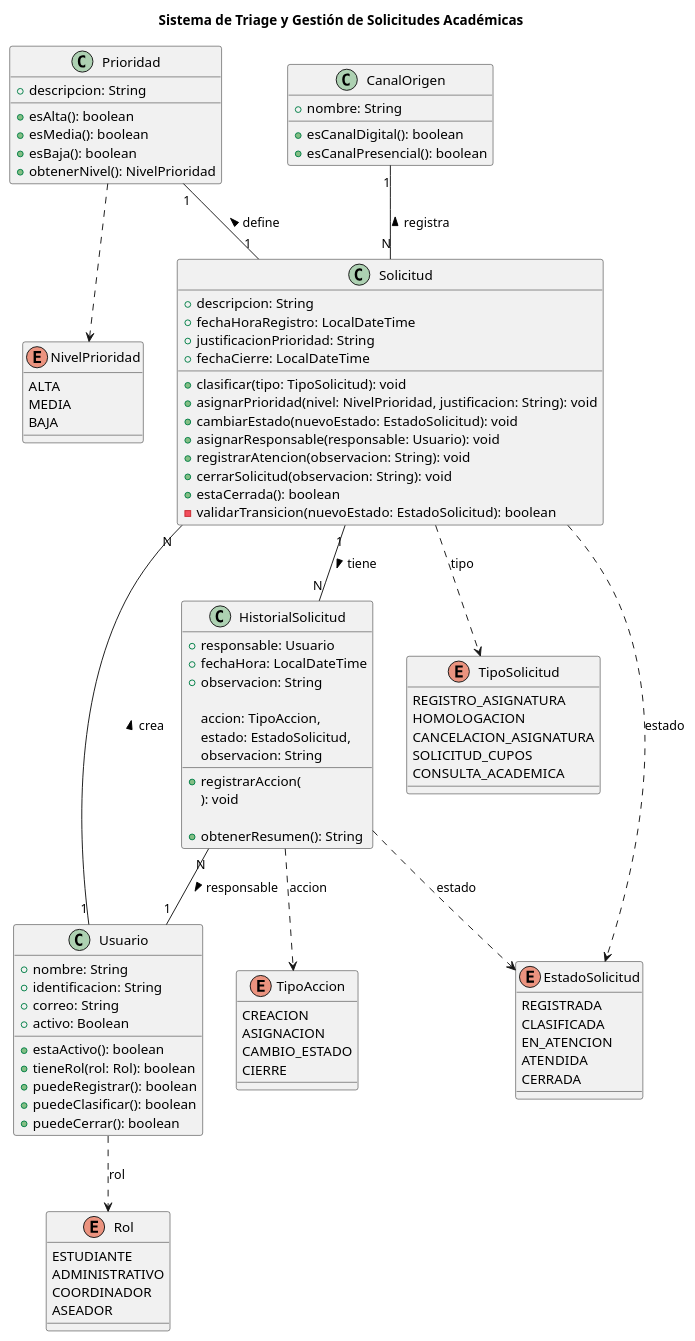
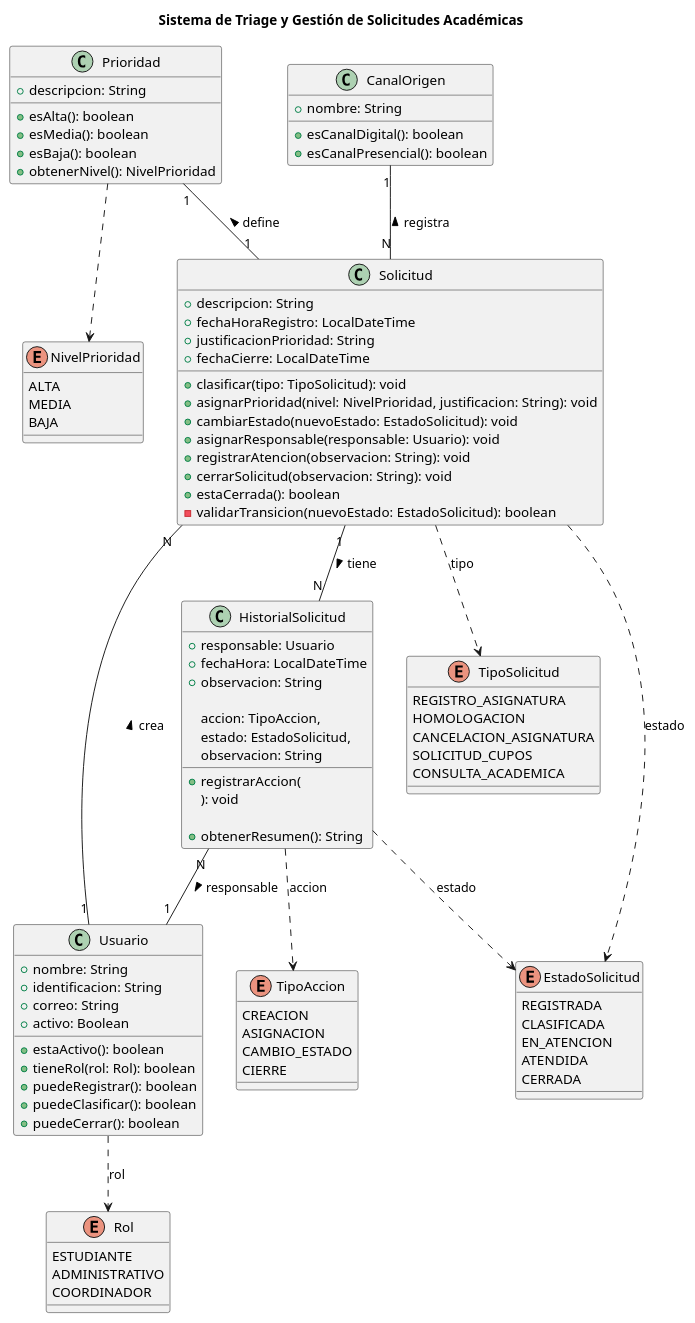
The diagram in DiagramaUML.wsd (ING69COOLER/Proyecto_Avanzada), drawn with PlantUML before and after one commit.

Commit message:
feat: remove 'ASEADOR' role from Rol enum in UML diagram

```diff
--- a/DiagramaUML.wsd
+++ b/DiagramaUML.wsd
@@ -1,132 +1,131 @@
 @startuml
 title Sistema de Triage y Gestión de Solicitudes Académicas
 
 ' =========================
 ' ENUMS (Value Objects)
 ' =========================
 
 enum EstadoSolicitud {
   REGISTRADA
   CLASIFICADA
   EN_ATENCION
   ATENDIDA
   CERRADA
 }
 
 enum TipoAccion {
     CREACION
     ASIGNACION
     CAMBIO_ESTADO
     CIERRE
 }
 
 enum NivelPrioridad {
   ALTA
   MEDIA
   BAJA
 }
 
 enum Rol {
   ESTUDIANTE
   ADMINISTRATIVO
   COORDINADOR
-  ASEADOR
 }
 
 enum TipoSolicitud {
     REGISTRO_ASIGNATURA
     HOMOLOGACION
     CANCELACION_ASIGNATURA
     SOLICITUD_CUPOS
     CONSULTA_ACADEMICA
 }
 
 ' =========================
 ' ENTIDADES
 ' =========================
 
 class Usuario {
   
   +nombre: String
   +identificacion: String
   +correo: String
   +activo: Boolean
 
   +estaActivo(): boolean
   +tieneRol(rol: Rol): boolean
   +puedeRegistrar(): boolean
   +puedeClasificar(): boolean
   +puedeCerrar(): boolean
 }
 
 class Solicitud {
   
   +descripcion: String
   +fechaHoraRegistro: LocalDateTime
   +justificacionPrioridad: String
   +fechaCierre: LocalDateTime
 
   +clasificar(tipo: TipoSolicitud): void
   +asignarPrioridad(nivel: NivelPrioridad, justificacion: String): void
   +cambiarEstado(nuevoEstado: EstadoSolicitud): void
   +asignarResponsable(responsable: Usuario): void
   +registrarAtencion(observacion: String): void
   +cerrarSolicitud(observacion: String): void
   +estaCerrada(): boolean
   -validarTransicion(nuevoEstado: EstadoSolicitud): boolean
 }
 
 class Prioridad {
 
   +descripcion: String
 
   +esAlta(): boolean
   +esMedia(): boolean
   +esBaja(): boolean
   +obtenerNivel(): NivelPrioridad
 }
 
 class CanalOrigen {
   +nombre: String
 
   +esCanalDigital(): boolean
   +esCanalPresencial(): boolean
 }
 
 class HistorialSolicitud {
   
   +responsable: Usuario
   +fechaHora: LocalDateTime
   +observacion: String
 
   +registrarAccion(
       accion: TipoAccion,
       estado: EstadoSolicitud,
       observacion: String
   ): void
 
   +obtenerResumen(): String
 }
 
 ' =========================
 ' RELACIONES
 ' =========================
 
 Usuario "1" -- "N" Solicitud : crea >
 Prioridad "1" -- "1" Solicitud : define <
 CanalOrigen "1" -- "N" Solicitud : registra <
 Solicitud "1" -- "N" HistorialSolicitud : tiene >
 HistorialSolicitud "N" -- "1" Usuario : responsable >
 
 ' =========================
 ' RELACIONES CON ENUMS
 ' =========================
 
 Solicitud ..> EstadoSolicitud : estado
 Solicitud ..> TipoSolicitud : tipo
 HistorialSolicitud ..> EstadoSolicitud : estado
 HistorialSolicitud ..> TipoAccion : accion
 Usuario ..> Rol : rol
 Prioridad ..> NivelPrioridad
 
 @enduml
```
